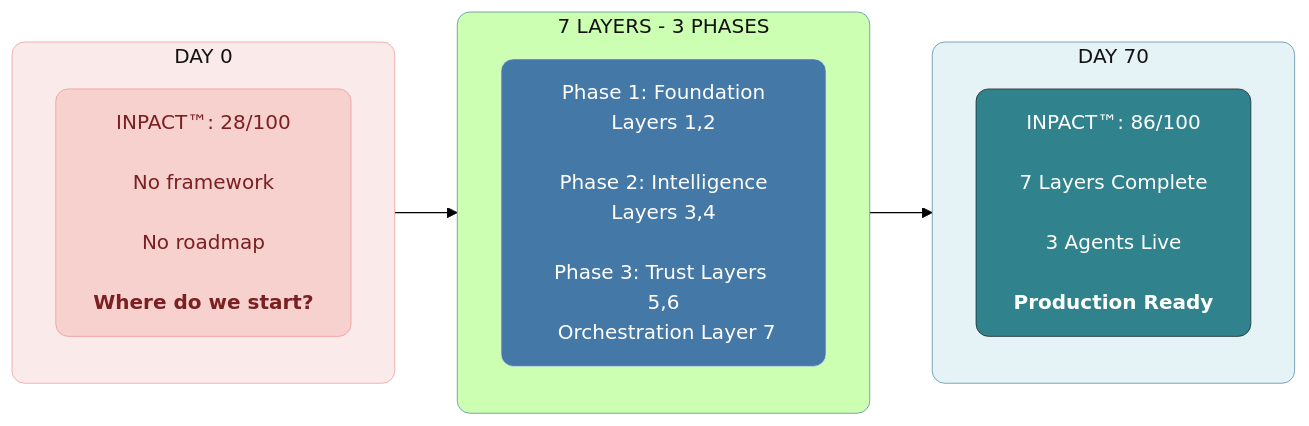
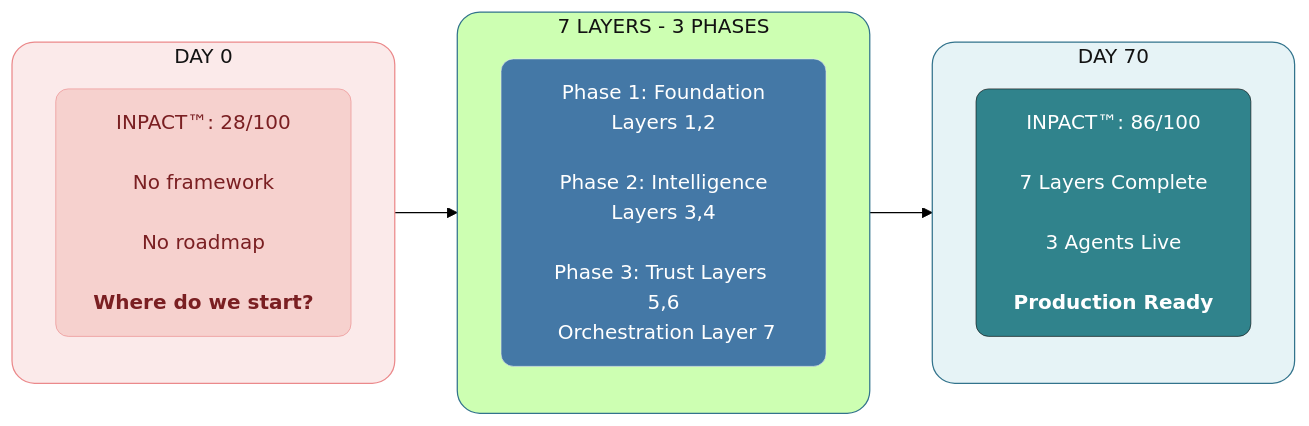
The first of 4 diagrams in manuscript/04_chapter_3_from_bi_to_agent.md (saitejesh-cyber/trust-before-intelligence-book), drawn with Mermaid (forest theme) before and after one commit. The commit also changed other lines of this file and 12 other files, not shown here.

````diff
--- a/manuscript/04_chapter_3_from_bi_to_agent.md
+++ b/manuscript/04_chapter_3_from_bi_to_agent.md
@@ -6,28 +6,28 @@
 ```mermaid
 
 graph LR
     subgraph BEFORE["DAY 0"]
         direction TB
         B1["INPACT™: 28/100<br/><br/>No framework<br/><br/>No roadmap<br/><br/><b>Where do we start?</b>"]
     end
     
     subgraph PHASES["7 LAYERS - 3 PHASES"]
         direction TB
         P1["Phase 1: Foundation<br/>Layers 1,2<br/><br/>Phase 2: Intelligence<br/>Layers 3,4<br/><br/>Phase 3: Trust Layers 5,6<br/> Orchestration Layer 7"]
     end
     
     subgraph AFTER["DAY 70"]
         direction TB
         A1["INPACT™: 86/100<br/><br/>7 Layers Complete<br/><br/>3 Agents Live<br/><br/><b>Production Ready</b>"]
     end
     
     BEFORE --> PHASES --> AFTER
 
-    style BEFORE fill:#FBEAEA,stroke:#EB898B,stroke-width:0.5px,color:#121212,rx:10,ry:10
+    style BEFORE fill:#FBEAEA,stroke:#EB898B,stroke-width:1px,color:#121212,rx:18,ry:18
     style B1 fill:#F6D1CE,stroke:#EB898B,stroke-width:0.5px,color:#7A1F22,rx:10,ry:10
-    style PHASES fill:##E6F3F6,stroke:#32738C,stroke-width:0.5px,color:#121212,rx:10,ry:10
+    style PHASES fill:##E6F3F6,stroke:#32738C,stroke-width:1px,color:#121212,rx:18,ry:18
     style P1 fill:#4478A6,stroke:#e4ebed,stroke-width:0.5px,color:#FFFFFF,rx:10,ry:10
-    style AFTER fill:#E6F3F6,stroke:#32738C,stroke-width:0.5px,color:#121212,rx:10,ry:10
+    style AFTER fill:#E6F3F6,stroke:#32738C,stroke-width:1px,color:#121212,rx:18,ry:18
     style A1 fill:#30838C,stroke:#0D0D0D,stroke-width:0.5px,color:#ffffff,rx:10,ry:10
 
 ```
````
